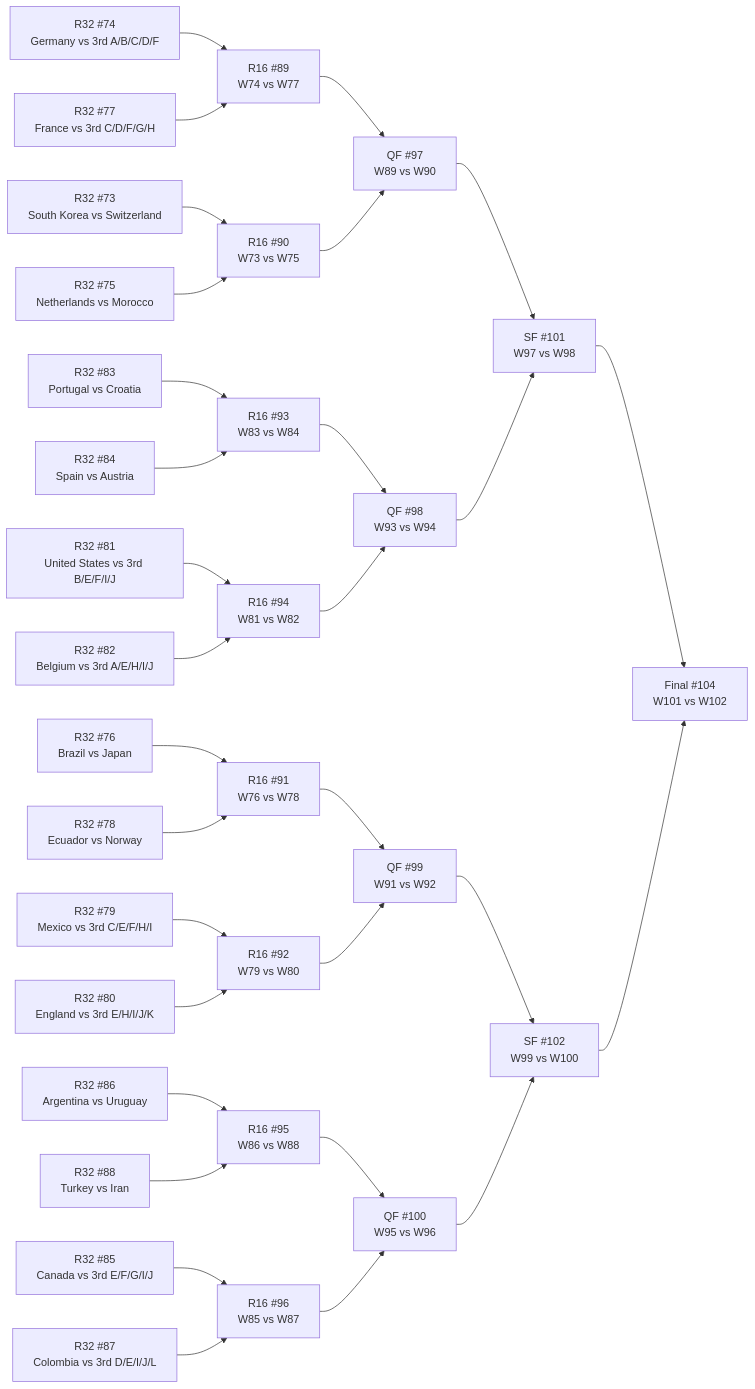
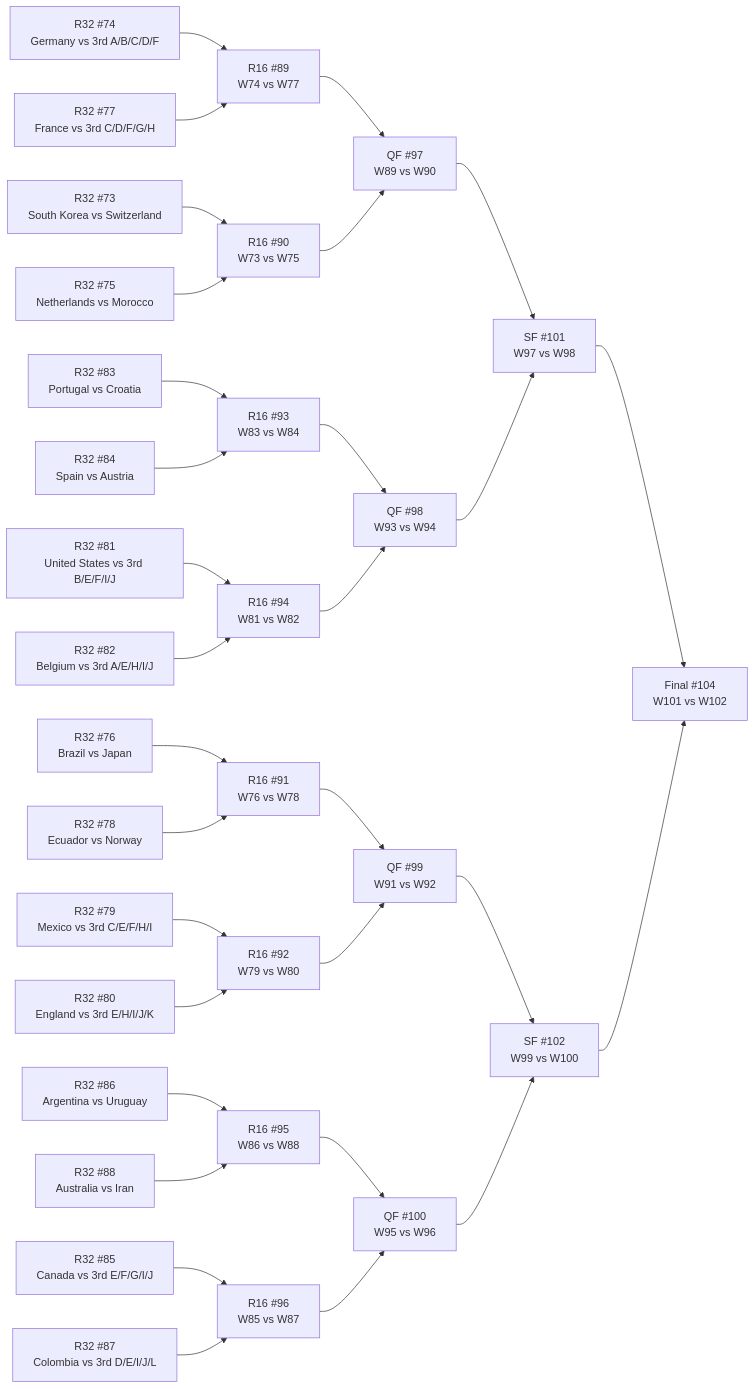
The diagram in WC vault/_bracket.md (Tutai-Tran/WC-2026-predictor), drawn with Mermaid before and after one commit. The commit also changed 83 other files, not shown here.

````diff
--- a/WC vault/_bracket.md
+++ b/WC vault/_bracket.md
@@ -11,64 +11,64 @@
 ```mermaid
 flowchart LR
   M73["R32 #73<br>South Korea vs Switzerland"]
   M74["R32 #74<br>Germany vs 3rd A/B/C/D/F"]
   M75["R32 #75<br>Netherlands vs Morocco"]
   M76["R32 #76<br>Brazil vs Japan"]
   M77["R32 #77<br>France vs 3rd C/D/F/G/H"]
   M78["R32 #78<br>Ecuador vs Norway"]
   M79["R32 #79<br>Mexico vs 3rd C/E/F/H/I"]
   M80["R32 #80<br>England vs 3rd E/H/I/J/K"]
   M81["R32 #81<br>United States vs 3rd B/E/F/I/J"]
   M82["R32 #82<br>Belgium vs 3rd A/E/H/I/J"]
   M83["R32 #83<br>Portugal vs Croatia"]
   M84["R32 #84<br>Spain vs Austria"]
   M85["R32 #85<br>Canada vs 3rd E/F/G/I/J"]
   M86["R32 #86<br>Argentina vs Uruguay"]
   M87["R32 #87<br>Colombia vs 3rd D/E/I/J/L"]
-  M88["R32 #88<br>Turkey vs Iran"]
+  M88["R32 #88<br>Australia vs Iran"]
   M89["R16 #89<br>W74 vs W77"]
   M90["R16 #90<br>W73 vs W75"]
   M91["R16 #91<br>W76 vs W78"]
   M92["R16 #92<br>W79 vs W80"]
   M93["R16 #93<br>W83 vs W84"]
   M94["R16 #94<br>W81 vs W82"]
   M95["R16 #95<br>W86 vs W88"]
   M96["R16 #96<br>W85 vs W87"]
   M97["QF #97<br>W89 vs W90"]
   M98["QF #98<br>W93 vs W94"]
   M99["QF #99<br>W91 vs W92"]
   M100["QF #100<br>W95 vs W96"]
   M101["SF #101<br>W97 vs W98"]
   M102["SF #102<br>W99 vs W100"]
   M104["Final #104<br>W101 vs W102"]
   M74 --> M89
   M77 --> M89
   M73 --> M90
   M75 --> M90
   M76 --> M91
   M78 --> M91
   M79 --> M92
   M80 --> M92
   M83 --> M93
   M84 --> M93
   M81 --> M94
   M82 --> M94
   M86 --> M95
   M88 --> M95
   M85 --> M96
   M87 --> M96
   M89 --> M97
   M90 --> M97
   M93 --> M98
   M94 --> M98
   M91 --> M99
   M92 --> M99
   M95 --> M100
   M96 --> M100
   M97 --> M101
   M98 --> M101
   M99 --> M102
   M100 --> M102
   M101 --> M104
   M102 --> M104
 ```
````
